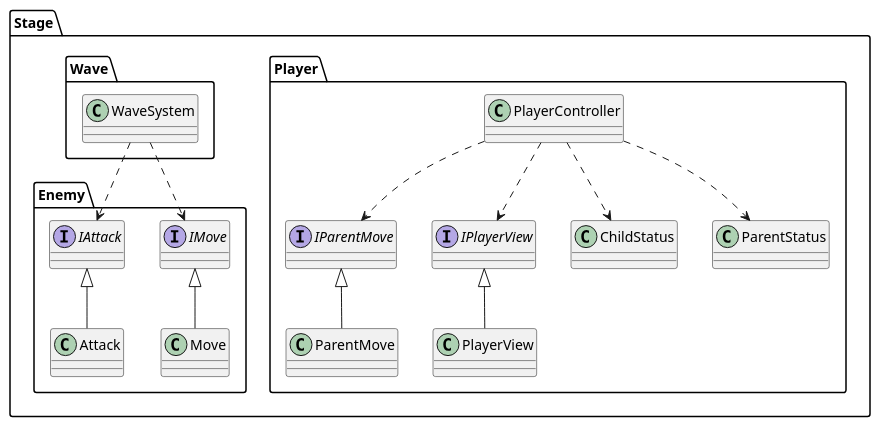
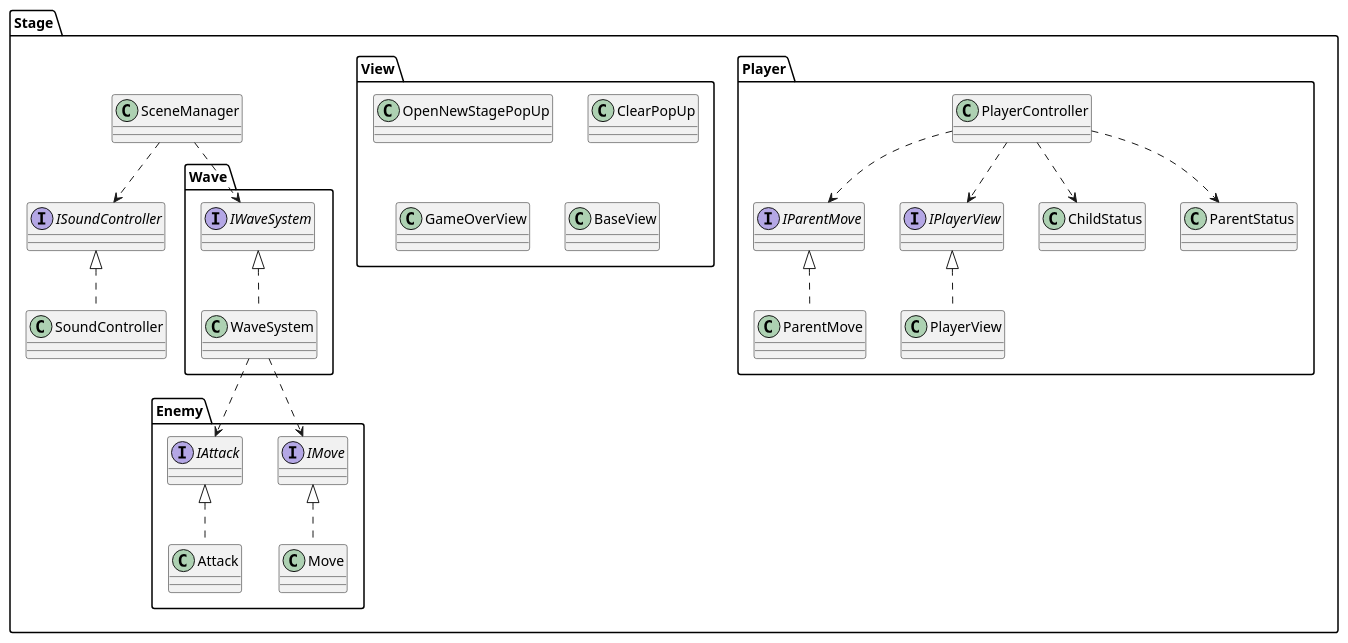
Before and after one commit to RiseManagement/SlimeCatch: the diagram in Assets/_SlimeCatch/Docs/Stage.puml, drawn with PlantUML. The commit also changed 2 other files, not shown here.

```diff
--- a/Assets/_SlimeCatch/Docs/Stage.puml
+++ b/Assets/_SlimeCatch/Docs/Stage.puml
@@ -1,43 +1,64 @@
 @startuml
 'https://plantuml.com/class-diagram
 
 namespace Stage{
     namespace Enemy{
         class Move
         interface IMove
         class Attack
         interface IAttack
       
-        IMove <|-- Move
-        IAttack <|-- Attack
+        IMove <|.. Move
+        IAttack <|.. Attack
 
     }
     
     namespace Player{
         class PlayerController
         class ParentMove
         interface IParentMove
         class PlayerView
         interface IPlayerView
         class ChildStatus
         class ParentStatus
         
-        IPlayerView <|-- PlayerView
-        IParentMove <|-- ParentMove
+        IPlayerView <|.. PlayerView
+        IParentMove <|.. ParentMove
         
         PlayerController ..> IPlayerView
         PlayerController ..> ParentStatus
         PlayerController ..> ChildStatus
         PlayerController ..> IParentMove
         
     }
     
     namespace Wave{
         class WaveSystem
+        interface IWaveSystem
         
         WaveSystem ..> Stage.Enemy.IMove
         WaveSystem ..> Stage.Enemy.IAttack
+        IWaveSystem <|.. WaveSystem
         
     }
+    
+    namespace View{
+        class OpenNewStagePopUp
+        class ClearPopUp
+        class GameOverView
+        class BaseView
+        
+        
+    }
+    
+    class SceneManager
+    
+    class SoundController
+    interface ISoundController
+    
+    ISoundController <|.. SoundController
+    
+    SceneManager ..> ISoundController
+    SceneManager ..> Stage.Wave.IWaveSystem
 }
 @enduml
```
